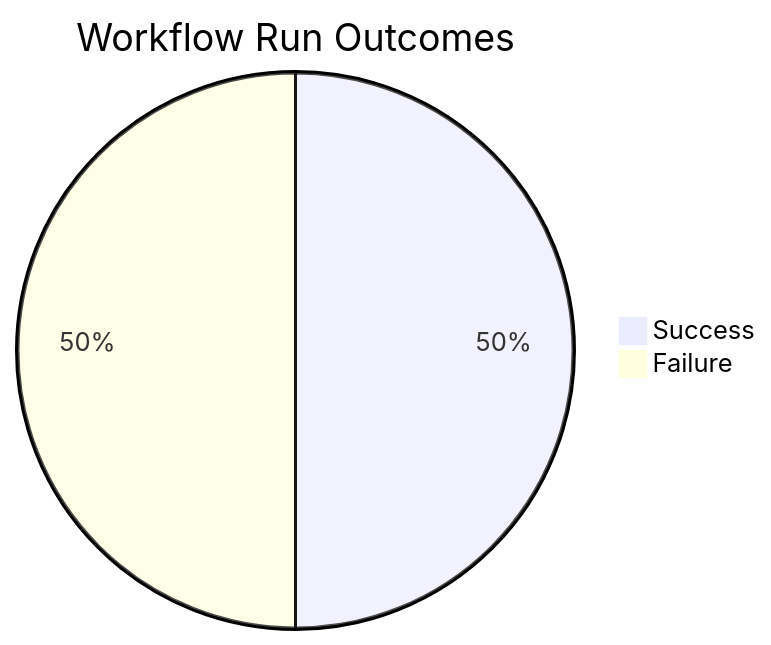
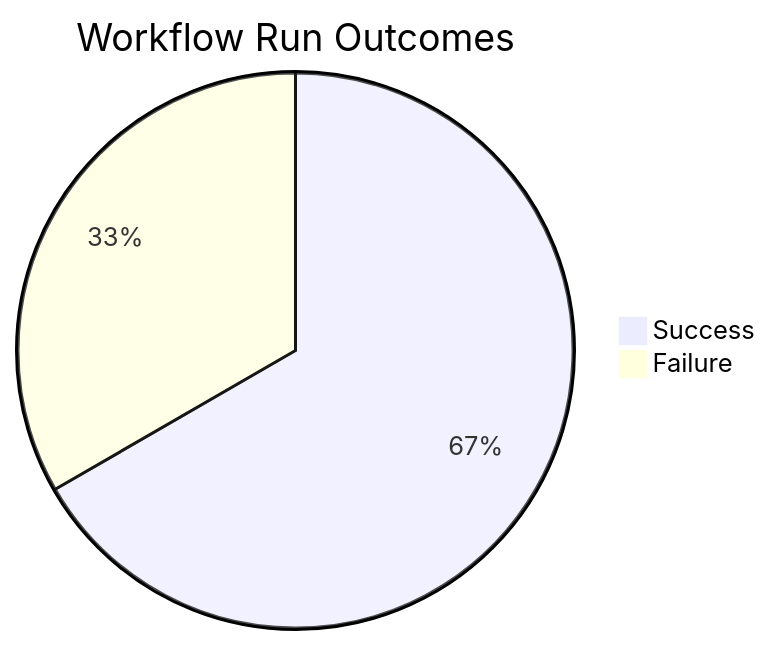
One commit to ukma-cs-ssdm-2025/rate-ukma changed the first of 4 diagrams in docs/ci-cd/dora-summary.md. Above: the diagram before and after it, drawn with Mermaid. The commit also changed other lines of this file, not shown here.

````diff
--- a/docs/ci-cd/dora-summary.md
+++ b/docs/ci-cd/dora-summary.md
@@ -22,5 +22,5 @@
 ```mermaid
 pie title Workflow Run Outcomes
-    "Success" : 1
-    "Failure" : 1
+    "Success" : 4
+    "Failure" : 2
 ```
````
